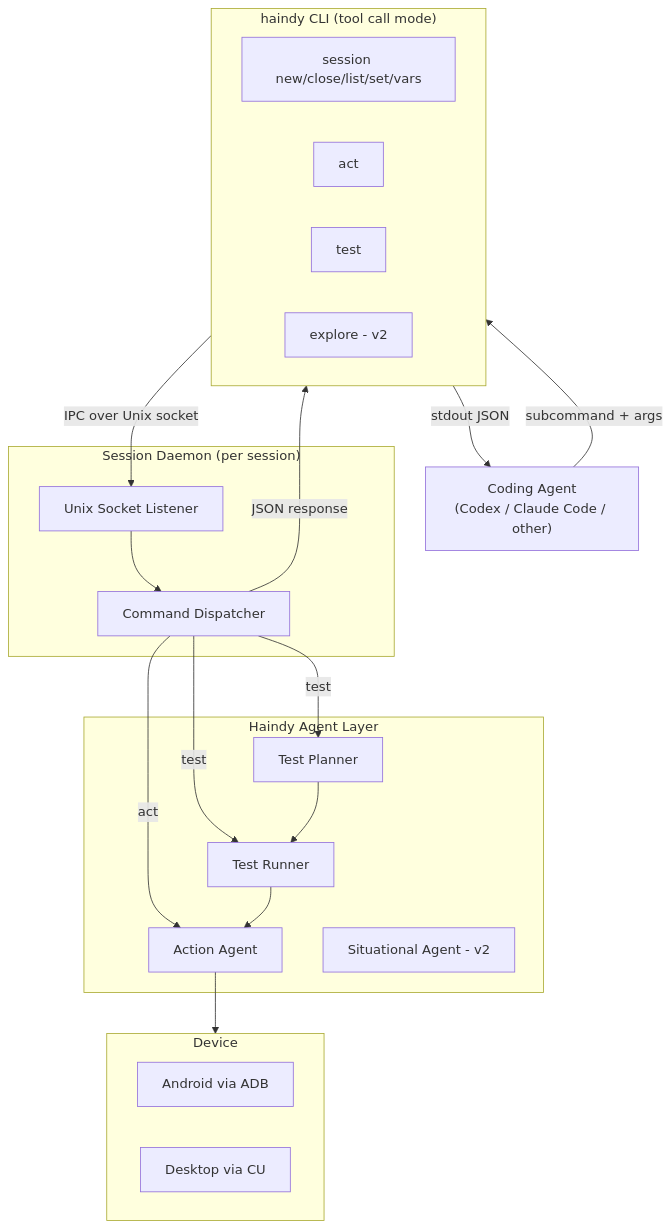
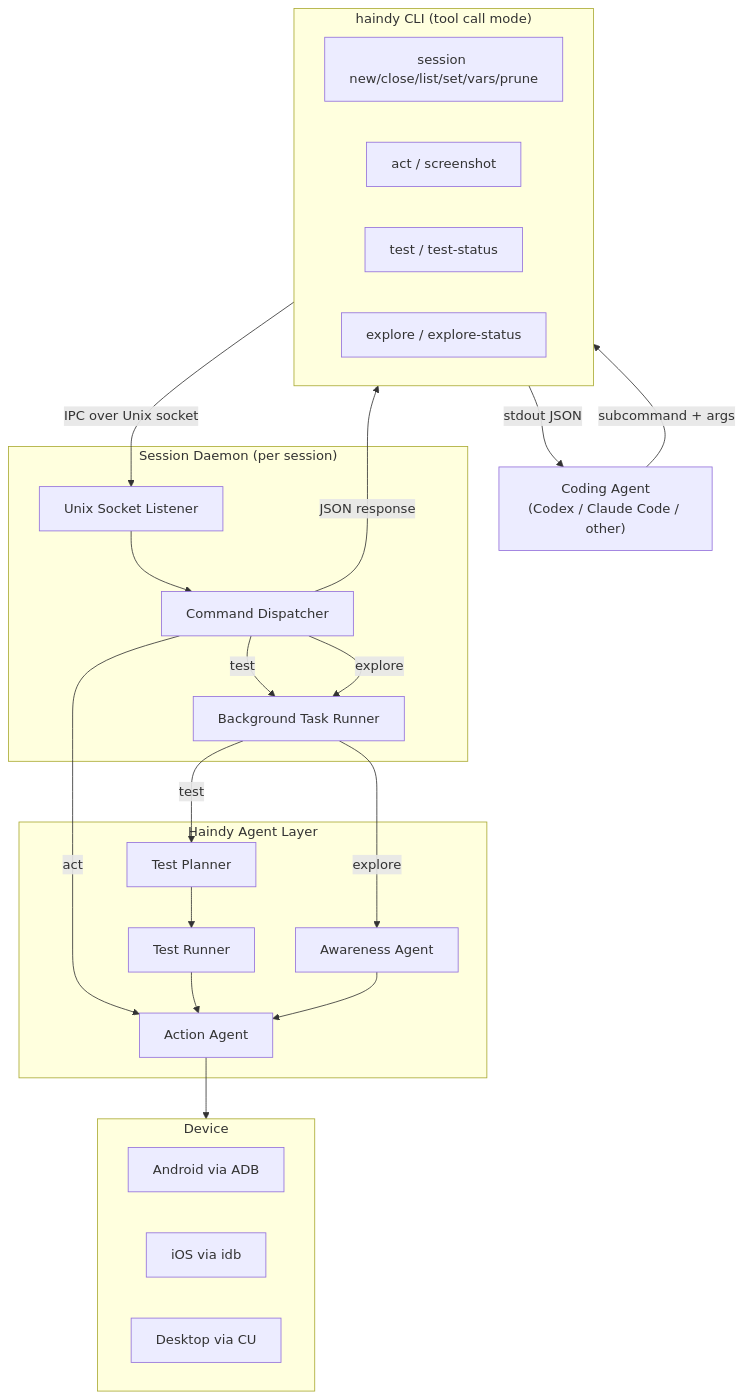
Before and after one commit to Haindy/haindy: the diagram in docs/design/tool-call-mode/OVERVIEW.md, drawn with Mermaid. The commit also changed other lines of this file and 3 other files, not shown here.

````diff
--- a/docs/design/tool-call-mode/OVERVIEW.md
+++ b/docs/design/tool-call-mode/OVERVIEW.md
@@ -43,43 +44,48 @@
 ```mermaid
 flowchart TD
     CA["Coding Agent\n(Codex / Claude Code / other)"]
 
     subgraph CLI ["haindy CLI (tool call mode)"]
-        SC[session new/close/list/set/vars]
-        ACT[act]
-        TEST[test]
-        EXP[explore - v2]
+        SC[session new/close/list/set/vars/prune]
+        ACT[act / screenshot]
+        TEST[test / test-status]
+        EXP[explore / explore-status]
     end
 
     subgraph DAEMON ["Session Daemon (per session)"]
         SOCK[Unix Socket Listener]
         DISP[Command Dispatcher]
+        BG[Background Task Runner]
     end
 
     subgraph AGENTS ["Haindy Agent Layer"]
         AA[Action Agent]
         TR[Test Runner]
         TP[Test Planner]
-        SIT[Situational Agent - v2]
+        AWA[Awareness Agent]
     end
 
     subgraph DEVICE ["Device"]
         ADB[Android via ADB]
+        IDB[iOS via idb]
         DT[Desktop via CU]
     end
 
     CA -->|subcommand + args| CLI
     CLI -->|IPC over Unix socket| SOCK
     SOCK --> DISP
 
     DISP -->|act| AA
-    DISP -->|test| TP
-    DISP -->|test| TR
+    DISP -->|test| BG
+    DISP -->|explore| BG
+    BG -->|test| TP
+    BG -->|explore| AWA
 
+    TP --> TR
+    TR --> AA
+    AWA --> AA
     AA --> DEVICE
-    TR --> AA
-    TP --> TR
 
     DISP -->|JSON response| CLI
     CLI -->|stdout JSON| CA
 ```
````
